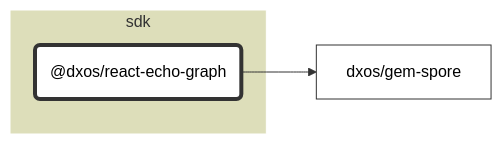
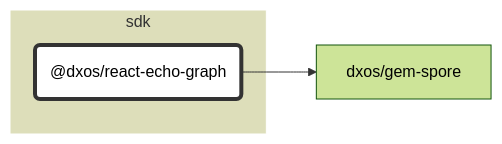
Before and after one commit to dxos/dxos: the diagram in packages/sdk/react-echo-graph/docs/README.md, drawn with Mermaid (forest theme). The commit also changed 84 other files, not shown here.

````diff
--- a/packages/sdk/react-echo-graph/docs/README.md
+++ b/packages/sdk/react-echo-graph/docs/README.md
@@ -7,21 +7,21 @@
 ```mermaid
 %%{ init: {'flowchart':{'curve':'basis'}} }%%
 
 flowchart LR
 
 %% Classes
-classDef default fill:#fff,stroke:#333,stroke-width:1px
+classDef def fill:#fff,stroke:#333,stroke-width:1px
 classDef root fill:#fff,stroke:#333,stroke-width:4px
 
 %% Nodes
 
 subgraph sdk [sdk]
   style sdk fill:#dddeba,stroke:#fff
   dxos/react-echo-graph("@dxos/react-echo-graph"):::root
   click dxos/react-echo-graph "dxos/dxos/tree/main/packages/sdk/react-echo-graph/docs"
 end
 
 %% Links
 linkStyle default stroke:#333,stroke-width:1px
 dxos/react-echo-graph --> dxos/gem-spore
 ```
````
